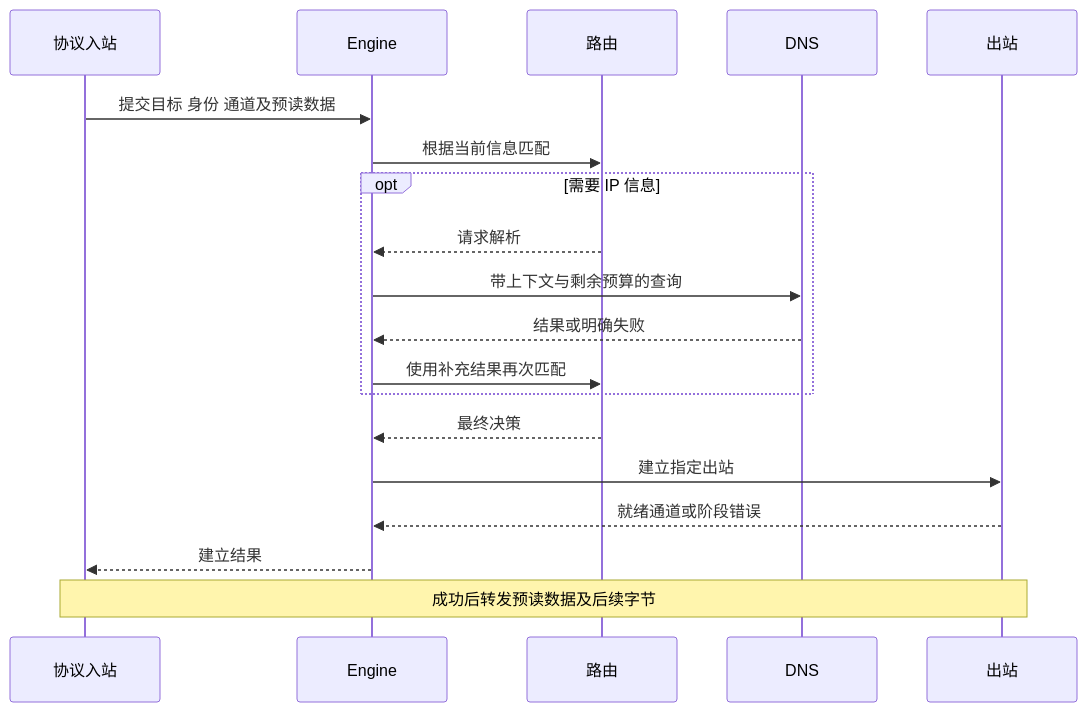
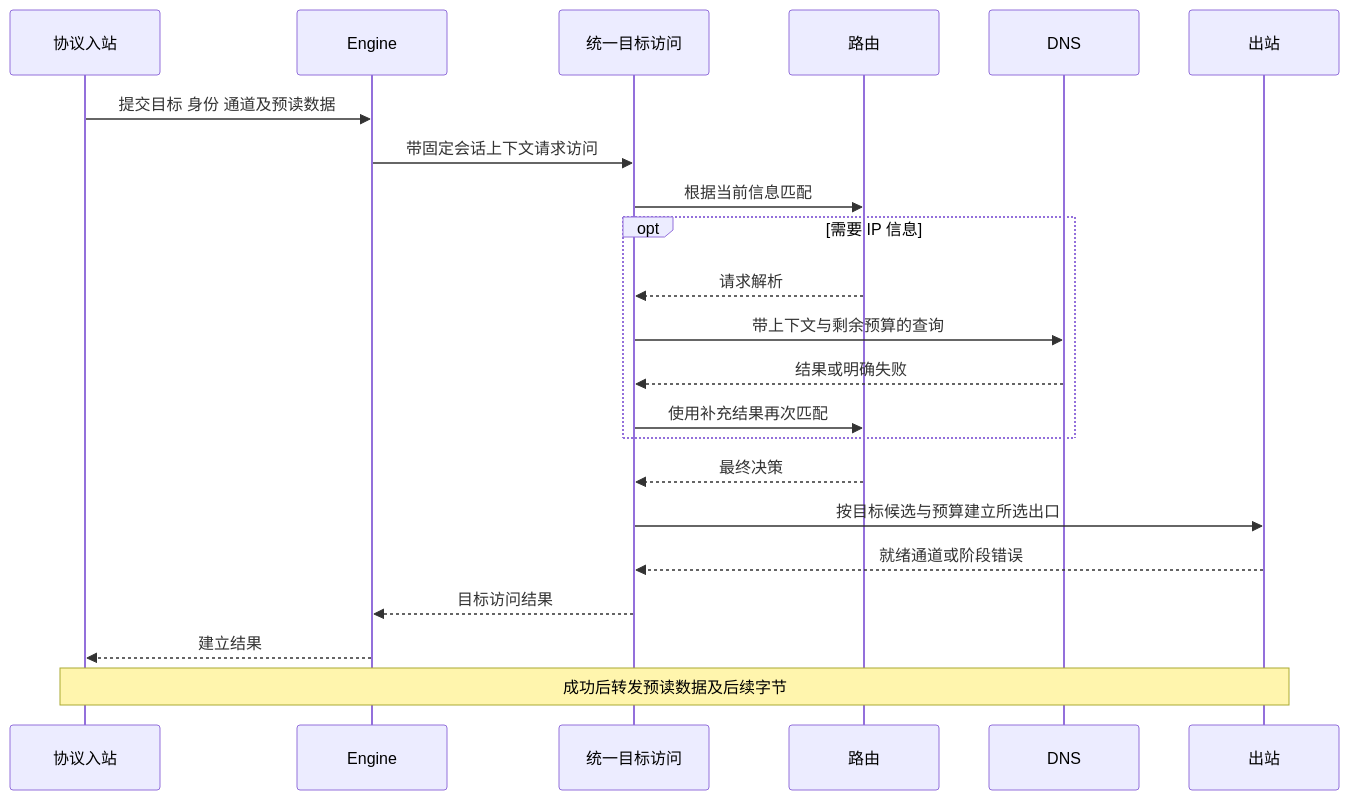
Before and after one commit to yuuuki-creation/kerlico: the diagram in docs/data-paths.md, drawn with Mermaid. The commit also changed other lines of this file and 114 other files, not shown here.

````diff
--- a/docs/data-paths.md
+++ b/docs/data-paths.md
@@ -26,21 +28,24 @@
 ```mermaid
 sequenceDiagram
     participant I as 协议入站
     participant E as Engine
+    participant A as 统一目标访问
     participant R as 路由
     participant D as DNS
     participant O as 出站
     I->>E: 提交目标 身份 通道及预读数据
-    E->>R: 根据当前信息匹配
+    E->>A: 带固定会话上下文请求访问
+    A->>R: 根据当前信息匹配
     opt 需要 IP 信息
-        R-->>E: 请求解析
-        E->>D: 带上下文与剩余预算的查询
-        D-->>E: 结果或明确失败
-        E->>R: 使用补充结果再次匹配
+        R-->>A: 请求解析
+        A->>D: 带上下文与剩余预算的查询
+        D-->>A: 结果或明确失败
+        A->>R: 使用补充结果再次匹配
     end
-    R-->>E: 最终决策
-    E->>O: 建立指定出站
-    O-->>E: 就绪通道或阶段错误
+    R-->>A: 最终决策
+    A->>O: 按目标候选与预算建立所选出口
+    O-->>A: 就绪通道或阶段错误
+    A-->>E: 目标访问结果
     E-->>I: 建立结果
     Note over I,O: 成功后转发预读数据及后续字节
 ```
````
